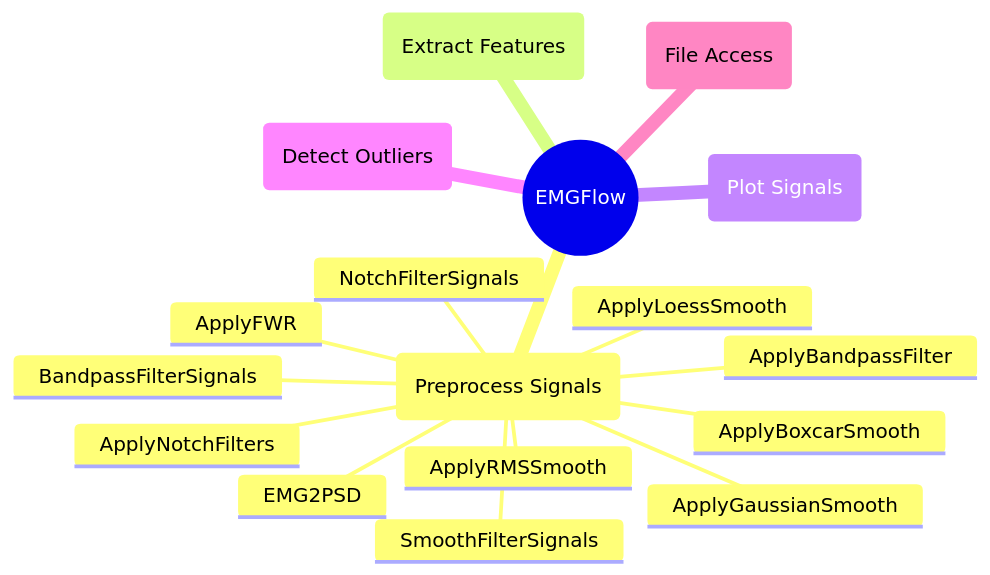
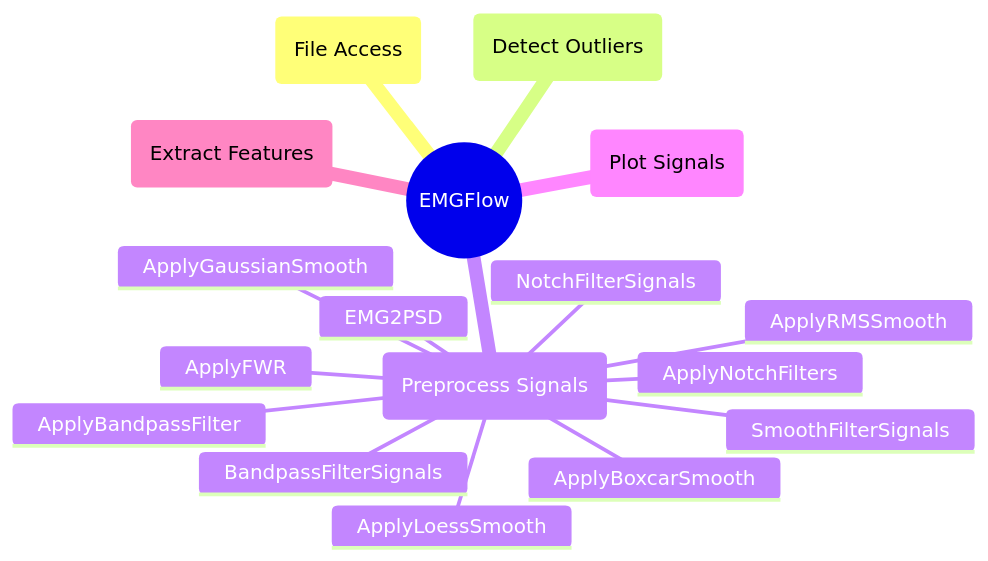
The diagram in docs/reference/preprocess-signals.md (WiIIson/EMGFlow-Python-Package), drawn with Mermaid before and after one commit. The commit also changed other lines of this file and 6 other files, not shown here.

````diff
--- a/docs/reference/preprocess-signals.md
+++ b/docs/reference/preprocess-signals.md
@@ -7,20 +7,20 @@
 ```mermaid
 mindmap
     root((EMGFlow))
+        AF(File Access)
+        DO(Detect Outliers)
         PrS(Preprocess Signals)
             EMG2PSD
             ApplyNotchFilters
             NotchFilterSignals
             ApplyBandpassFilter
             BandpassFilterSignals
             ApplyFWR
             ApplyBoxcarSmooth
             ApplyRMSSmooth
             ApplyGaussianSmooth
             ApplyLoessSmooth
             SmoothFilterSignals
+        PlS(Plot Signals)
         EF(Extract Features)
-        PlS(Plot Signals)
-        DO(Detect Outliers)
-        AF(File Access)
 ```
````
